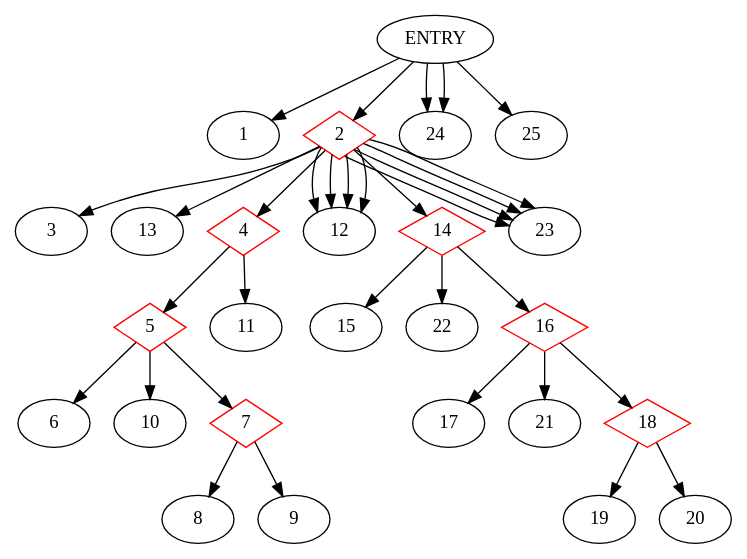
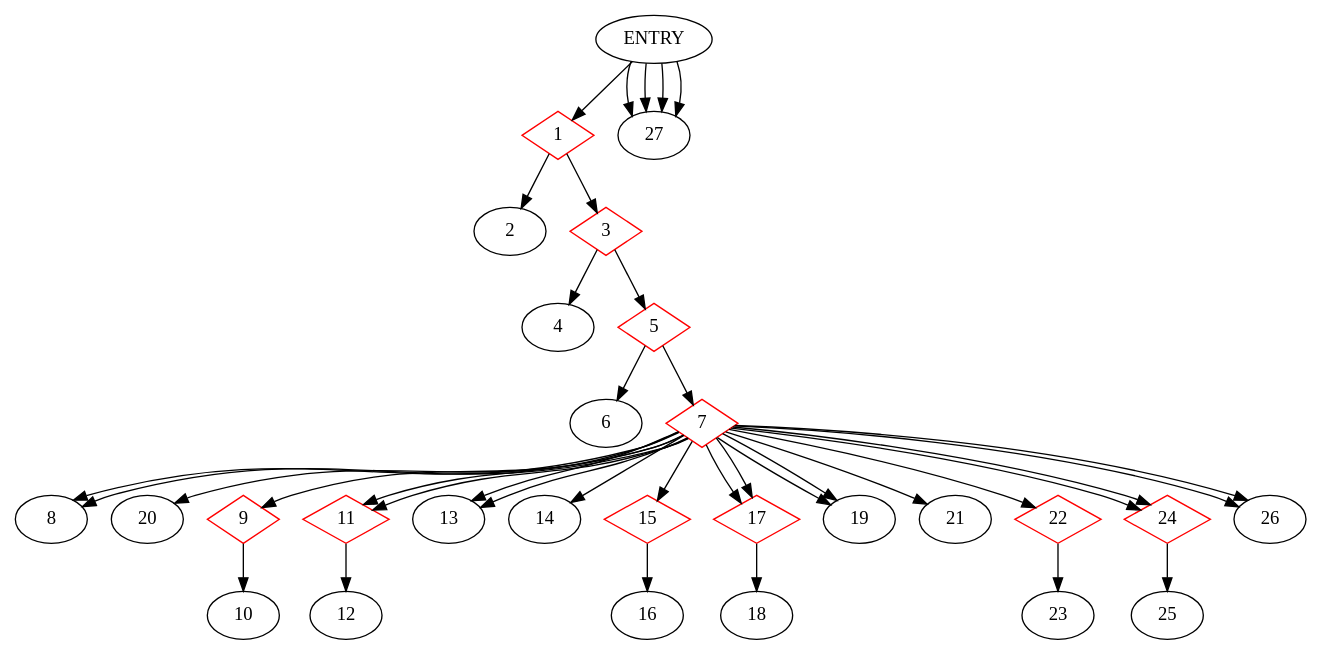
The diagram in Testgen/Testgen_Sonam/Testgen/CDG.dot (akshitij/TestgenRepo), drawn with Graphviz before and after one commit. The commit also changed 84 other files, not shown here.

```diff
--- a/Testgen/Testgen_Sonam/Testgen/CDG.dot
+++ b/Testgen/Testgen_Sonam/Testgen/CDG.dot
@@ -1,41 +1,52 @@
 digraph CDG {
+1 [shape=diamond, color=red]
 ENTRY -> 1
-2 [shape=diamond, color=red]
-ENTRY -> 2
-2-> 3
-2-> 13
-4 [shape=diamond, color=red]
-2-> 4
+1-> 2
+3 [shape=diamond, color=red]
+1-> 3
+ENTRY -> 27
+3-> 4
 5 [shape=diamond, color=red]
-4-> 5
-4-> 11
+3-> 5
+ENTRY -> 27
 5-> 6
-5-> 10
 7 [shape=diamond, color=red]
 5-> 7
 7-> 8
+7-> 8
+7-> 20
+9 [shape=diamond, color=red]
 7-> 9
-2-> 12
-2-> 12
-2-> 12
-2-> 12
-ENTRY -> 24
-14 [shape=diamond, color=red]
-2-> 14
-14-> 15
-14-> 22
-16 [shape=diamond, color=red]
-14-> 16
-16-> 17
-16-> 21
-18 [shape=diamond, color=red]
-16-> 18
-18-> 19
-18-> 20
-2-> 23
-2-> 23
-2-> 23
-2-> 23
-ENTRY -> 24
-ENTRY -> 25
+9-> 10
+11 [shape=diamond, color=red]
+7-> 11
+11 [shape=diamond, color=red]
+7-> 11
+11-> 12
+7-> 13
+7-> 13
+7-> 14
+15 [shape=diamond, color=red]
+7-> 15
+15-> 16
+17 [shape=diamond, color=red]
+7-> 17
+17 [shape=diamond, color=red]
+7-> 17
+17-> 18
+7-> 19
+7-> 19
+ENTRY -> 27
+7-> 21
+22 [shape=diamond, color=red]
+7-> 22
+22-> 23
+24 [shape=diamond, color=red]
+7-> 24
+24 [shape=diamond, color=red]
+7-> 24
+24-> 25
+7-> 26
+7-> 26
+ENTRY -> 27
 }
```
